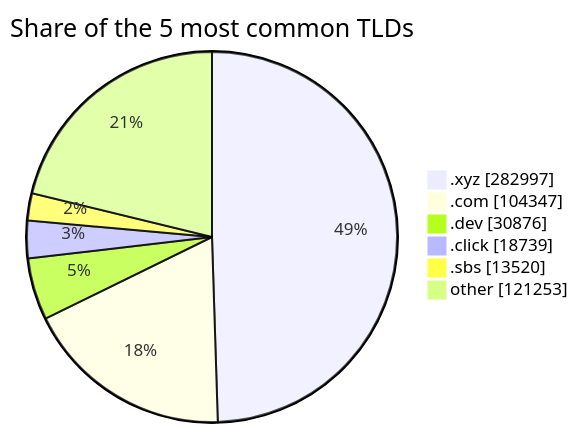
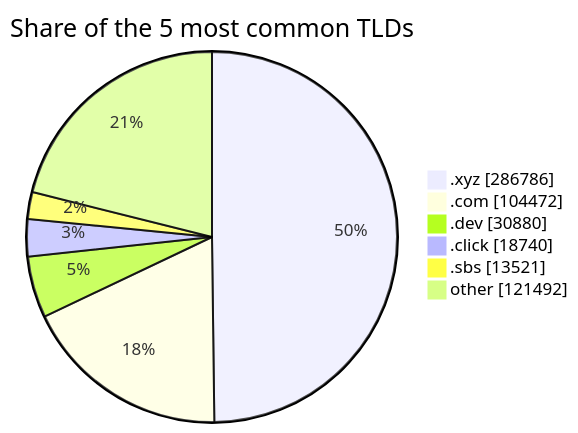
One commit to DNSBunker/CTI changed the third of 3 diagrams in README.md. Above: the diagram before and after it, drawn with Mermaid. The commit also changed other lines of this file and 3 other files, not shown here.

````diff
--- a/README.md
+++ b/README.md
@@ -81,9 +81,9 @@
 ```mermaid
 pie showData title Share of the 5 most common TLDs
-    ".xyz" : 282997
-    ".com" : 104347
-    ".dev" : 30876
-    ".click" : 18739
-    ".sbs" : 13520
-    "other" : 121253
+    ".xyz" : 286786
+    ".com" : 104472
+    ".dev" : 30880
+    ".click" : 18740
+    ".sbs" : 13521
+    "other" : 121492
 ```
````
